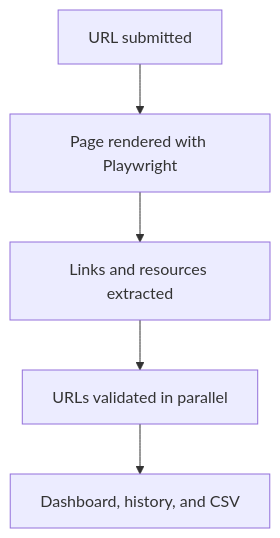
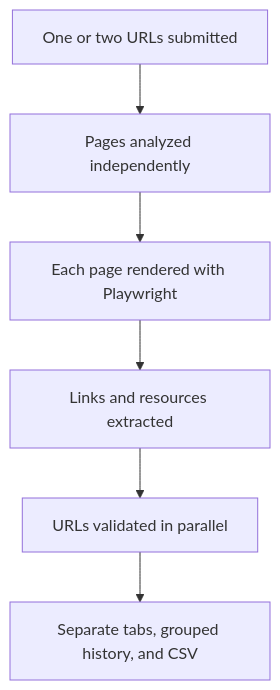
Before and after one commit to wglgc997/ATLAS: the diagram in README.md, drawn with Mermaid. The commit also changed other lines of this file and 20 other files, not shown here.

````diff
--- a/README.md
+++ b/README.md
@@ -117,7 +121,8 @@
 ```mermaid
 flowchart TD
-    A["URL submitted"] --> B["Page rendered with Playwright"]
-    B --> C["Links and resources extracted"]
-    C --> D["URLs validated in parallel"]
-    D --> E["Dashboard, history, and CSV"]
+    A["One or two URLs submitted"] --> B["Pages analyzed independently"]
+    B --> C["Each page rendered with Playwright"]
+    C --> D["Links and resources extracted"]
+    D --> E["URLs validated in parallel"]
+    E --> F["Separate tabs, grouped history, and CSV"]
 ```
````
